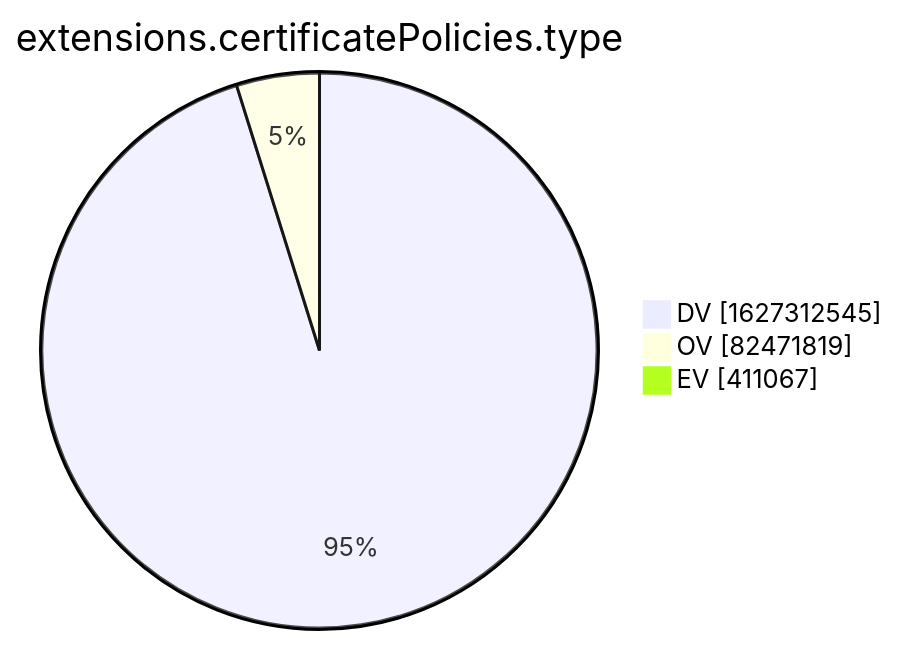
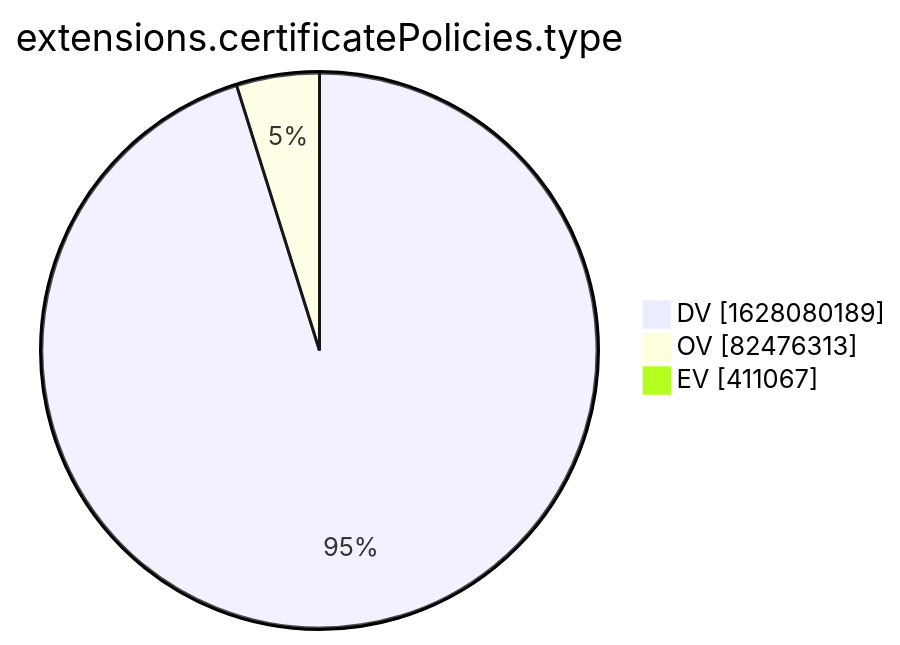
The tenth of 15 diagrams in xenon2022/README.md (christiankrug/ctmonitor_visualization), drawn with Mermaid before and after one commit. The commit also changed other lines of this file, not shown here.

````diff
--- a/xenon2022/README.md
+++ b/xenon2022/README.md
@@ -2878,7 +2878,7 @@
 ```mermaid
 pie showData
 title extensions.certificatePolicies.type
-"DV" :1627312545
-"OV" :82471819
+"DV" :1628080189
+"OV" :82476313
 "EV" :411067
 ```
````
